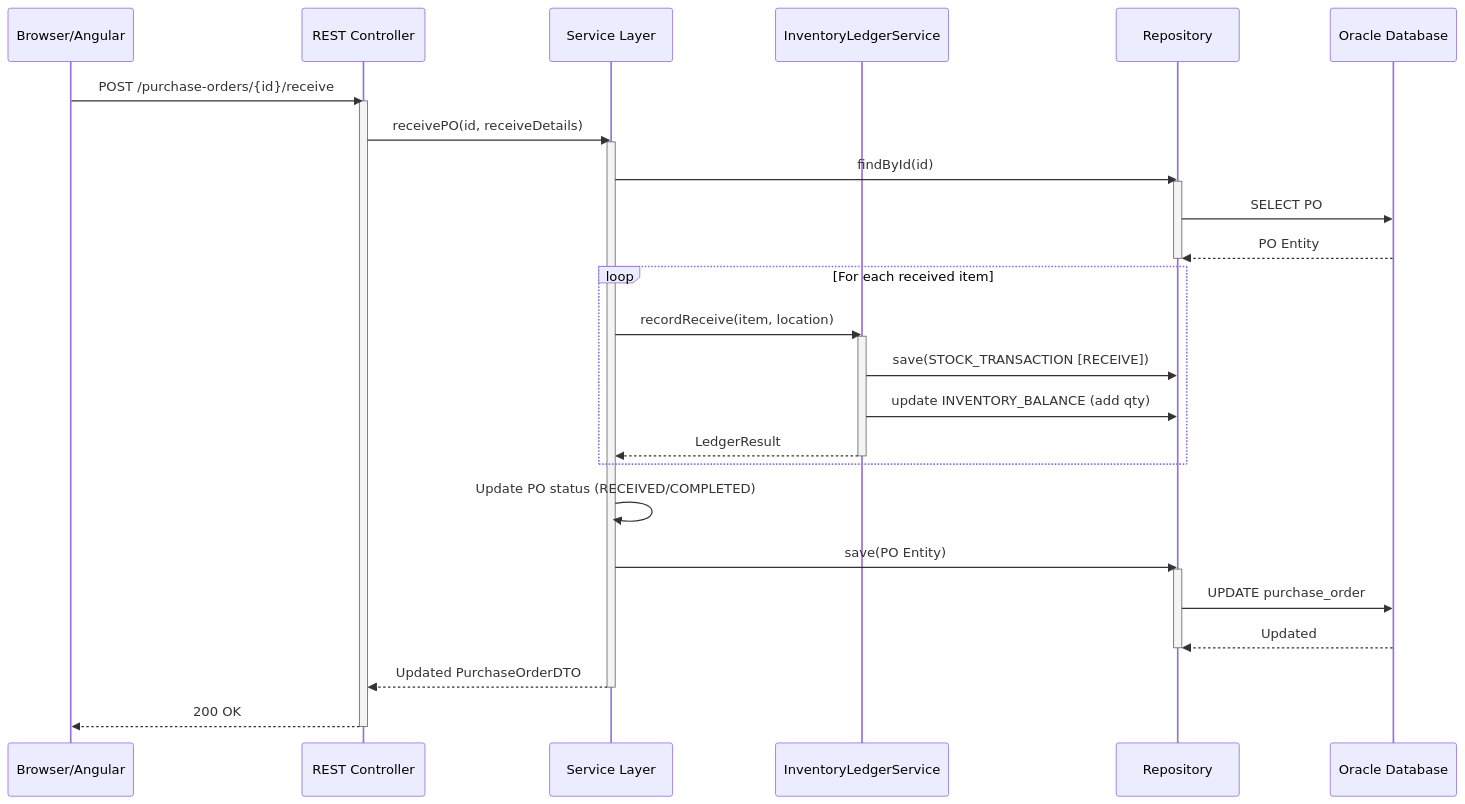
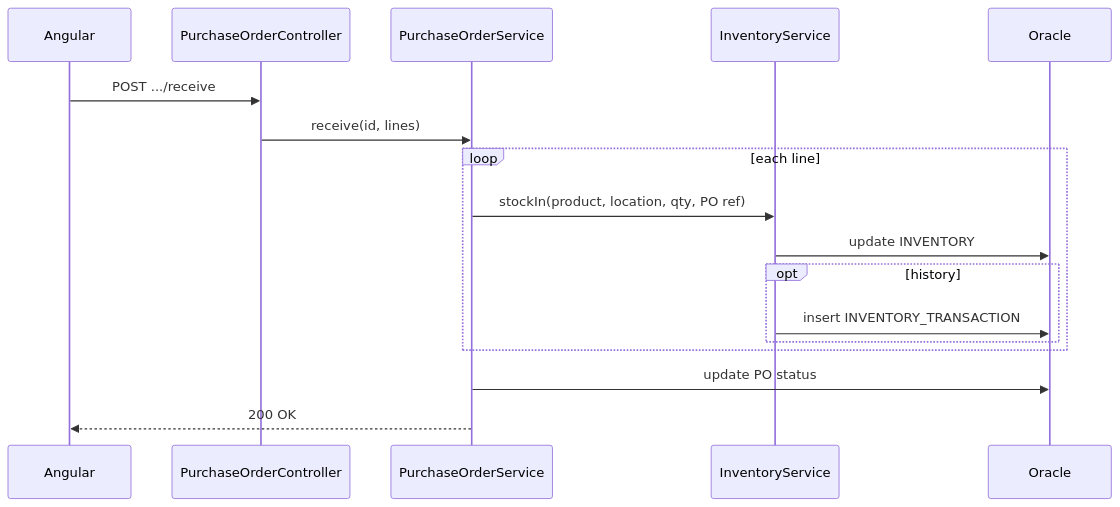
One commit to kirtika-0102/StockSmart changed the third of 7 diagrams in docs/sequence-diagrams.md. Above: the diagram before and after it, drawn with Mermaid. The commit also changed other lines of this file and 74 other files, not shown here.

Commit message:
architecture of application

````diff
--- a/docs/sequence-diagrams.md
+++ b/docs/sequence-diagrams.md
@@ -242,41 +51,20 @@
 ```mermaid
 sequenceDiagram
-    participant U as Browser/Angular
-    participant C as REST Controller
-    participant POS as Service Layer
-    participant LS as InventoryLedgerService
-    participant R as Repository
-    participant DB as Oracle Database
+    participant A as Angular
+    participant C as PurchaseOrderController
+    participant PO as PurchaseOrderService
+    participant Inv as InventoryService
+    participant DB as Oracle
 
-    U->>C: POST /purchase-orders/{id}/receive
-    activate C
-    C->>POS: receivePO(id, receiveDetails)
-    activate POS
-    
-    POS->>R: findById(id)
-    activate R
-    R->>DB: SELECT PO
-    DB-->>R: PO Entity
-    deactivate R
-    
-    loop For each received item
-        POS->>LS: recordReceive(item, location)
-        activate LS
-        LS->>R: save(STOCK_TRANSACTION [RECEIVE])
-        LS->>R: update INVENTORY_BALANCE (add qty)
-        LS-->>POS: LedgerResult
-        deactivate LS
+    A->>C: POST .../receive
+    C->>PO: receive(id, lines)
+    loop each line
+        PO->>Inv: stockIn(product, location, qty, PO ref)
+        Inv->>DB: update INVENTORY
+        opt history
+            Inv->>DB: insert INVENTORY_TRANSACTION
+        end
     end
-    
-    POS->>POS: Update PO status (RECEIVED/COMPLETED)
-    POS->>R: save(PO Entity)
-    activate R
-    R->>DB: UPDATE purchase_order
-    DB-->>R: Updated
-    deactivate R
-    
-    POS-->>C: Updated PurchaseOrderDTO
-    deactivate POS
-    C-->>U: 200 OK
-    deactivate C
+    PO->>DB: update PO status
+    PO-->>A: 200 OK
 ```
````
